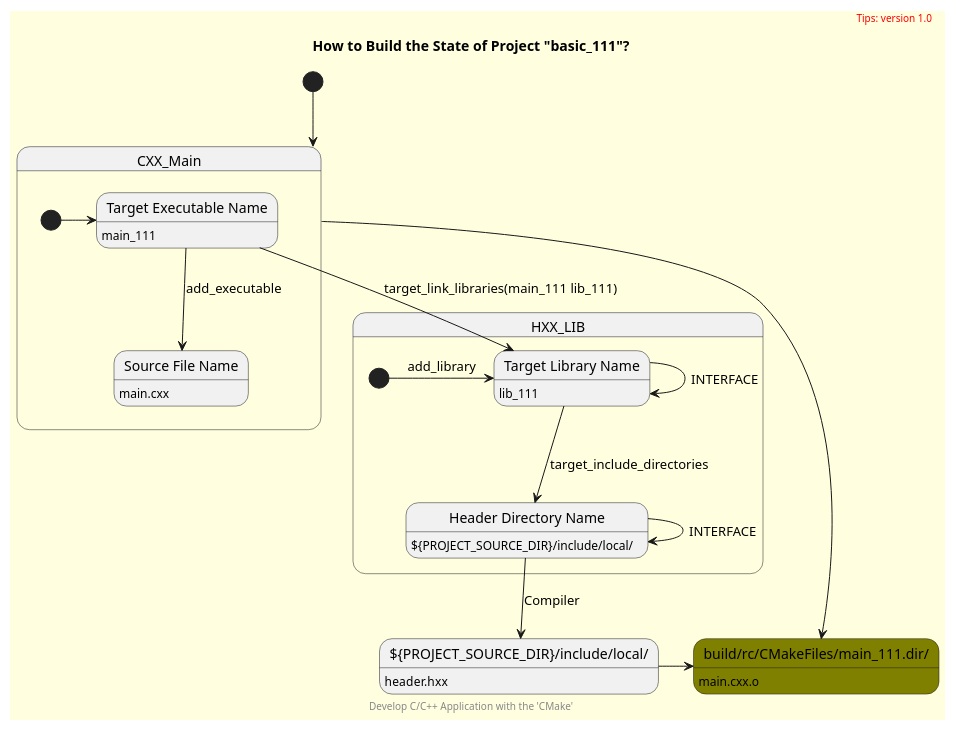
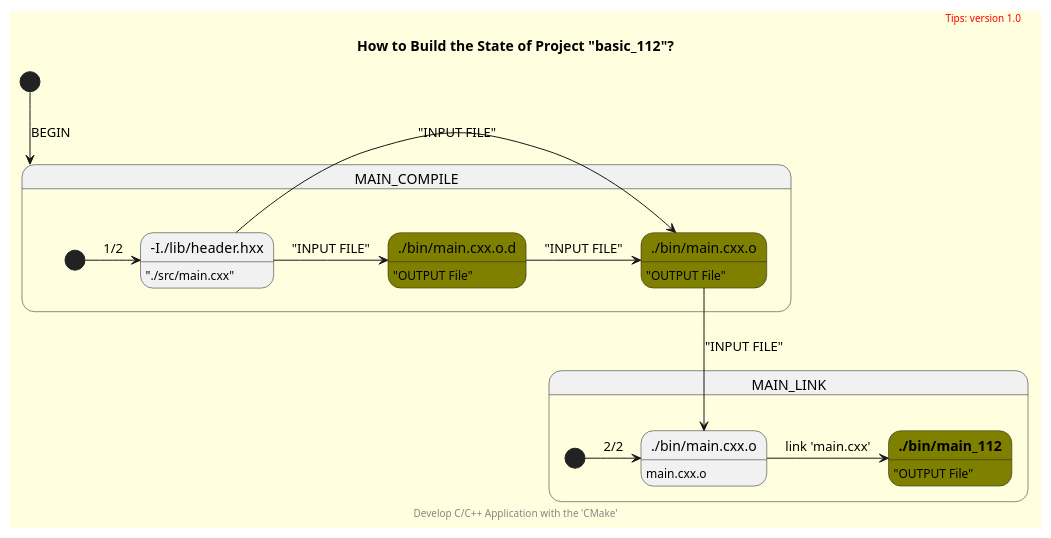
The diagram in docs/how.puml (cnruby/w3h1_cmake), drawn with PlantUML before and after one commit. The commit also changed 19 other files, not shown here.

```diff
--- a/docs/how.puml
+++ b/docs/how.puml
@@ -1,56 +1,48 @@
 @startuml
 scale 600 width
 skinparam backgroundColor #FFEBDC
 scale 1
 skinparam backgroundColor LightYellow
 skinparam state {
   BackgroundColor<<O-File>> Olive
 }
 
-[*] --> CXX_Main
+[*] --> MAIN_COMPILE : BEGIN
 
-state HXX_LIB {
-  state "Target Library Name" as lib_111
-  lib_111 : lib_111
-  state "Header Directory Name" as header_dir
-  header_dir : ${PROJECT_SOURCE_DIR}/include/local/
+state MAIN_COMPILE {
+  state "-I./lib/header.hxx" as header_hxx_main
+  header_hxx_main : "./src/main.cxx"
+  state "./bin/main.cxx.o" as main_cxx_o <<O-File>>
+  main_cxx_o : "OUTPUT File"
 
-  [*] -right-> lib_111 : add_library
-  lib_111 --> lib_111 : INTERFACE
-  lib_111 --> header_dir : target_include_directories
-  header_dir --> header_dir : INTERFACE
+  state "./bin/main.cxx.o.d" as main_cxx_o_d <<O-File>>
+  main_cxx_o_d : "OUTPUT File"
+
+  [*] -right-> header_hxx_main : 1/2
+  header_hxx_main -> main_cxx_o : "INPUT FILE"
+  header_hxx_main -right-> main_cxx_o_d : "INPUT FILE"
+  main_cxx_o_d -> main_cxx_o : "INPUT FILE"
 }
 
-state CXX_Main {
-  state "Target Executable Name" as main_111
-  main_111 : main_111
-  state "Source File Name" as main_cxx
-  main_cxx : main.cxx
+state MAIN_LINK {
+  state "./bin/main.cxx.o" as main_cxx_link
+  main_cxx_link : main.cxx.o
+  state "**./bin/main_112**" as main_112 <<O-File>>
+  main_112 : "OUTPUT File"
 
-  [*] -right-> main_111
-  main_111 --> main_cxx : add_executable
-  main_111 --> lib_111 : target_link_libraries(main_111 lib_111)
+  [*] -right-> main_cxx_link : 2/2
+  main_cxx_o --> main_cxx_link : "INPUT FILE"
+  main_cxx_link -> main_112 : link 'main.cxx'
 }
 
-state "${PROJECT_SOURCE_DIR}/include/local/" as local
-local : header.hxx
-header_dir --> local : Compiler
-'main_cxx --> local : Compiler
-
-state "build/rc/CMakeFiles/main_111.dir/" as o_file <<O-File>>
-o_file : main.cxx.o
-local -right-> o_file
-CXX_Main --> o_file
-'lib_111 --> main_cxx
-
 title
-    How to Build the State of Project "basic_111"?
+    How to Build the State of Project "basic_112"?
 end title
 
 header
 <font color=red>Tips: version 1.0</font>
 endheader
 
 center footer Develop C/C++ Application with the 'CMake'
 
 @enduml
```
